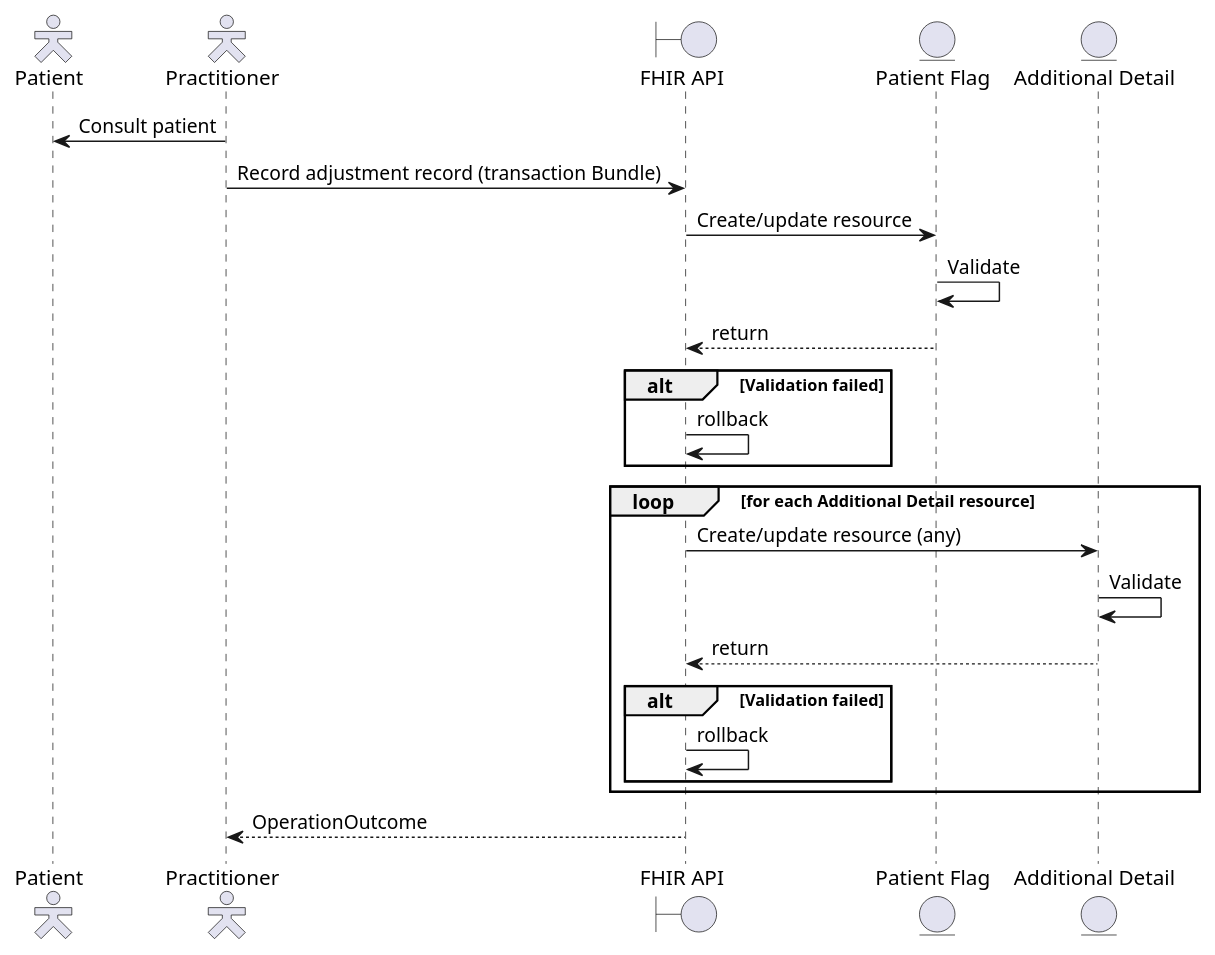
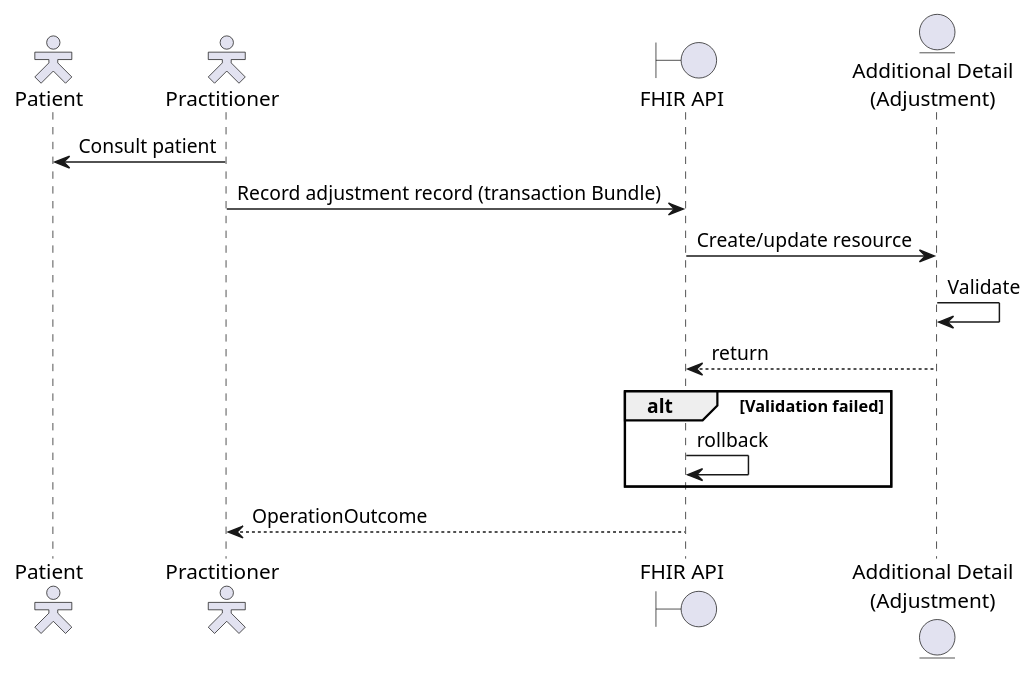
One commit to NHSDigital/ra-sandbox changed the diagram in input/images-source/add-ra-sequence.plantuml. Above: the diagram before and after it, drawn with PlantUML. The commit also changed 7 other files, not shown here.

```diff
--- a/input/images-source/add-ra-sequence.plantuml
+++ b/input/images-source/add-ra-sequence.plantuml
@@ -1,31 +1,22 @@
 @startuml
 
 skinparam actorStyle hollow
 
 actor        "Patient"          as pat
 actor        "Practitioner"     as pra
 boundary     "FHIR API"         as api
-entity       "Patient Flag"     as flg
-entity       "Additional Detail"  as add
+entity       "Additional Detail\n(Adjustment)"  as add
 
 pra ->  pat : Consult patient
 pra ->  api : Record adjustment record (transaction Bundle)
 
-api ->  flg : Create/update resource
-flg ->  flg : Validate
-api <-- flg : return
+api ->  add : Create/update resource
+add ->  add : Validate
+api <-- add : return
 alt Validation failed
   api -> api : rollback
 end
 
-loop for each Additional Detail resource
-  api ->  add : Create/update resource (any)
-  add ->  add : Validate
-  api <-- add : return
-  alt Validation failed
-    api -> api : rollback
-  end
-end
 pra <-- api : OperationOutcome
 
 @enduml
```
